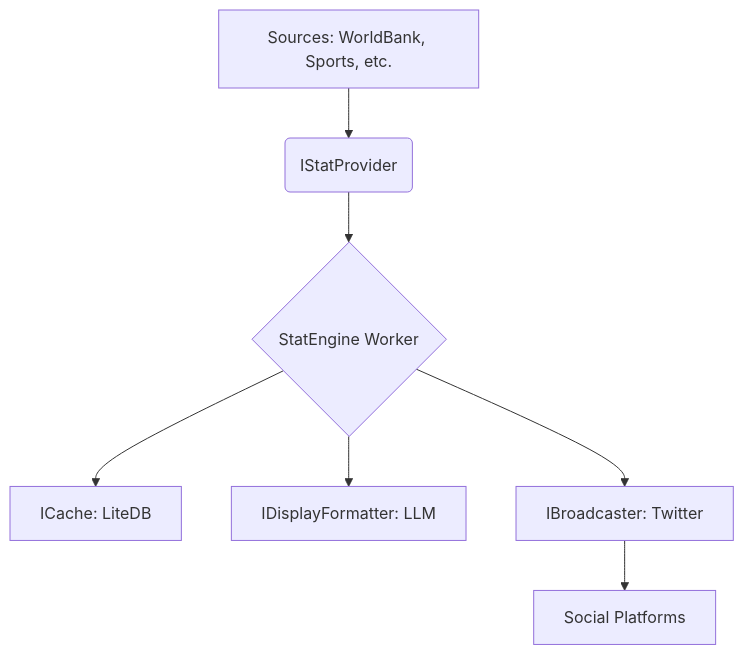
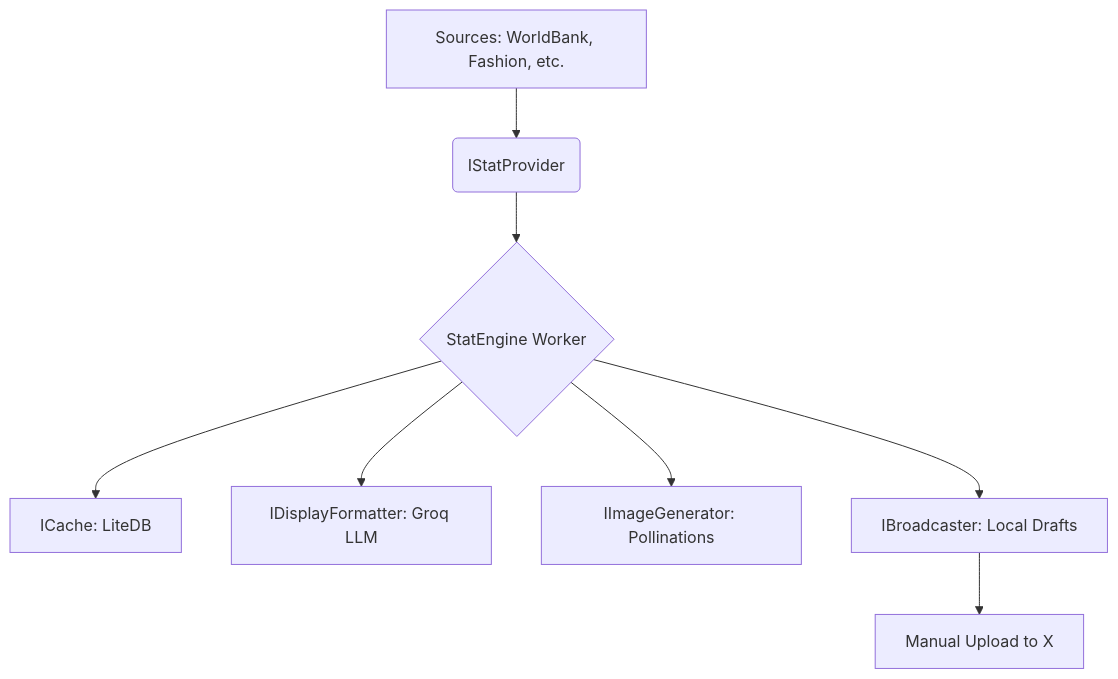
The diagram in README.md (Ayomide-R/StatEngine), drawn with Mermaid before and after one commit. The commit also changed other lines of this file and 1 other file, not shown here.

Commit message:
Docs: Update README and CHANGELOG for v2.0.0 (Groq, Image Gen, Drafts)

````diff
--- a/README.md
+++ b/README.md
@@ -24,9 +26,10 @@
 ```mermaid
 graph TD
-    A[Sources: WorldBank, Sports, etc.] --> B(IStatProvider)
+    A[Sources: WorldBank, Fashion, etc.] --> B(IStatProvider)
     B --> C{StatEngine Worker}
     C --> D[ICache: LiteDB]
-    C --> E[IDisplayFormatter: LLM]
-    C --> F[IBroadcaster: Twitter]
-    F --> G[Social Platforms]
+    C --> E[IDisplayFormatter: Groq LLM]
+    C --> F[IImageGenerator: Pollinations]
+    C --> G[IBroadcaster: Local Drafts]
+    G --> H[Manual Upload to X]
 ```
````
